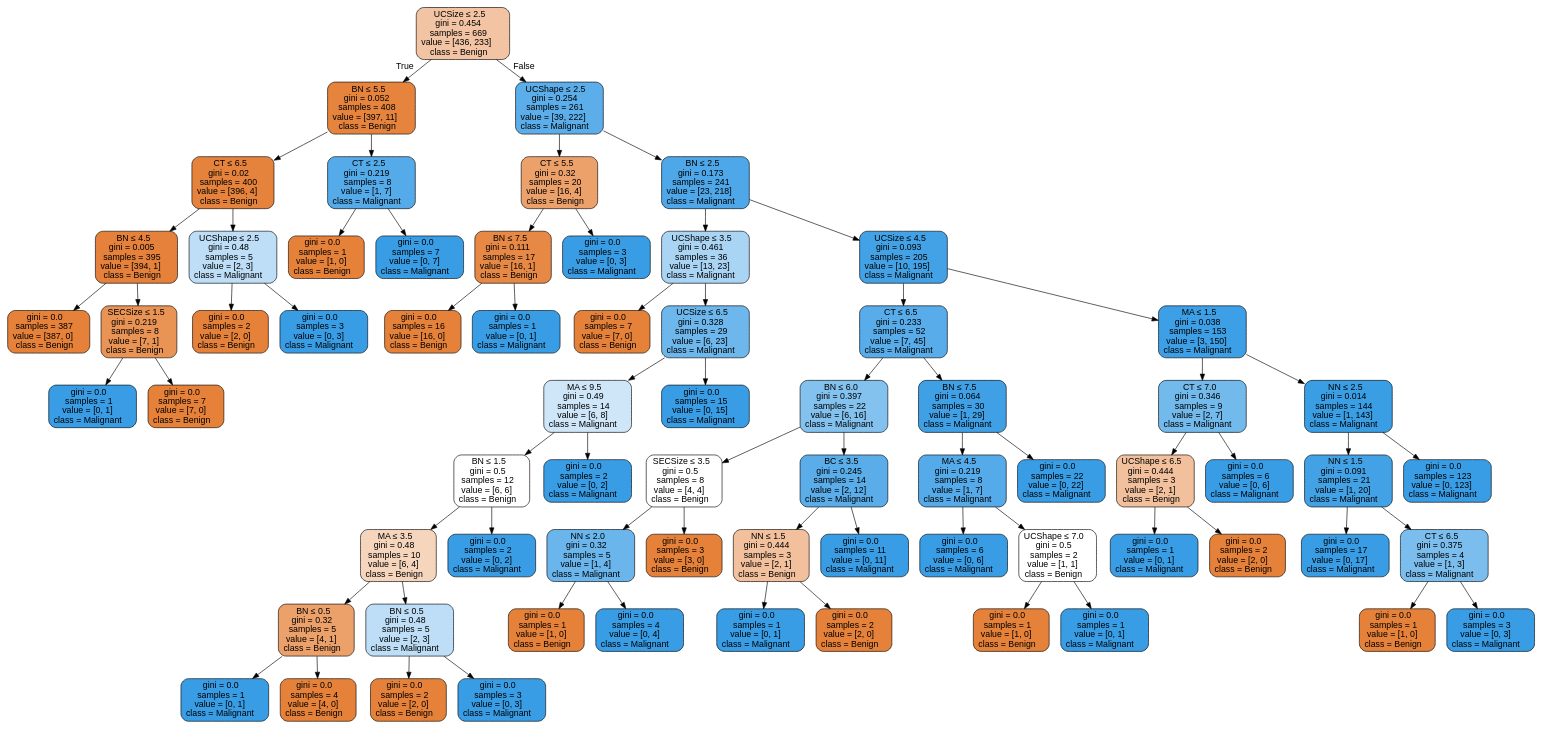
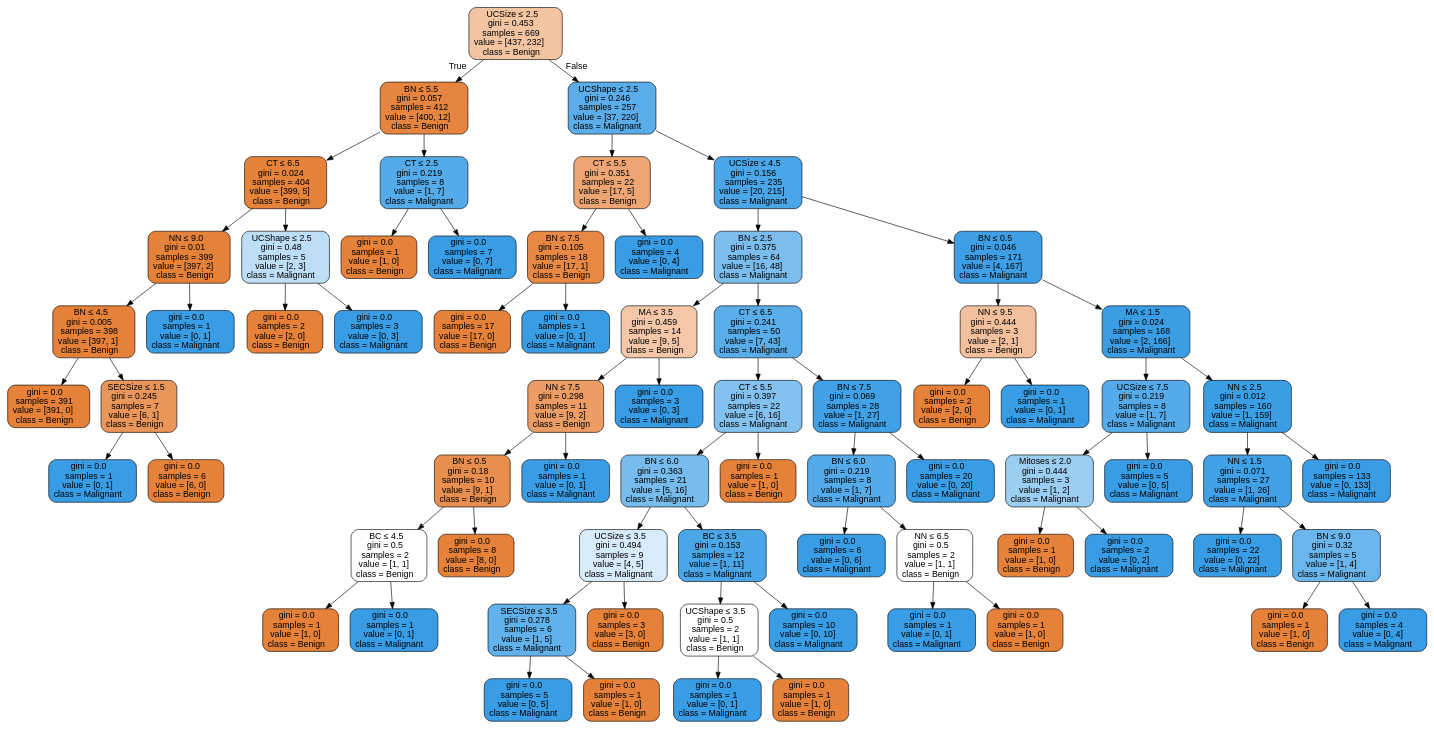
Before and after one commit to TheProjectsGuy/SMAI21-CS7.403: the diagram in Assignments/Assignment 3/Notebooks/tree1.dot, drawn with Graphviz. The commit also changed 5 other files, not shown here.

```diff
--- a/Assignments/Assignment 3/Notebooks/tree1.dot
+++ b/Assignments/Assignment 3/Notebooks/tree1.dot
@@ -1,141 +1,145 @@
 digraph Tree {
 node [shape=box, style="filled, rounded", color="black", fontname="helvetica"] ;
 edge [fontname="helvetica"] ;
-0 [label=<UCSize &le; 2.5<br/>gini = 0.454<br/>samples = 669<br/>value = [436, 233]<br/>class = Benign>, fillcolor="#f3c4a3"] ;
-1 [label=<BN &le; 5.5<br/>gini = 0.052<br/>samples = 408<br/>value = [397, 11]<br/>class = Benign>, fillcolor="#e6843e"] ;
+0 [label=<UCSize &le; 2.5<br/>gini = 0.453<br/>samples = 669<br/>value = [437, 232]<br/>class = Benign>, fillcolor="#f3c4a2"] ;
+1 [label=<BN &le; 5.5<br/>gini = 0.057<br/>samples = 412<br/>value = [400, 12]<br/>class = Benign>, fillcolor="#e6853f"] ;
 0 -> 1 [labeldistance=2.5, labelangle=45, headlabel="True"] ;
-2 [label=<CT &le; 6.5<br/>gini = 0.02<br/>samples = 400<br/>value = [396, 4]<br/>class = Benign>, fillcolor="#e5823b"] ;
+2 [label=<CT &le; 6.5<br/>gini = 0.024<br/>samples = 404<br/>value = [399, 5]<br/>class = Benign>, fillcolor="#e5833b"] ;
 1 -> 2 ;
-3 [label=<BN &le; 4.5<br/>gini = 0.005<br/>samples = 395<br/>value = [394, 1]<br/>class = Benign>, fillcolor="#e5813a"] ;
+3 [label=<NN &le; 9.0<br/>gini = 0.01<br/>samples = 399<br/>value = [397, 2]<br/>class = Benign>, fillcolor="#e5823a"] ;
 2 -> 3 ;
-4 [label=<gini = 0.0<br/>samples = 387<br/>value = [387, 0]<br/>class = Benign>, fillcolor="#e58139"] ;
+4 [label=<BN &le; 4.5<br/>gini = 0.005<br/>samples = 398<br/>value = [397, 1]<br/>class = Benign>, fillcolor="#e58139"] ;
 3 -> 4 ;
-5 [label=<SECSize &le; 1.5<br/>gini = 0.219<br/>samples = 8<br/>value = [7, 1]<br/>class = Benign>, fillcolor="#e99355"] ;
-3 -> 5 ;
-6 [label=<gini = 0.0<br/>samples = 1<br/>value = [0, 1]<br/>class = Malignant>, fillcolor="#399de5"] ;
-5 -> 6 ;
-7 [label=<gini = 0.0<br/>samples = 7<br/>value = [7, 0]<br/>class = Benign>, fillcolor="#e58139"] ;
-5 -> 7 ;
-8 [label=<UCShape &le; 2.5<br/>gini = 0.48<br/>samples = 5<br/>value = [2, 3]<br/>class = Malignant>, fillcolor="#bddef6"] ;
-2 -> 8 ;
-9 [label=<gini = 0.0<br/>samples = 2<br/>value = [2, 0]<br/>class = Benign>, fillcolor="#e58139"] ;
-8 -> 9 ;
-10 [label=<gini = 0.0<br/>samples = 3<br/>value = [0, 3]<br/>class = Malignant>, fillcolor="#399de5"] ;
-8 -> 10 ;
-11 [label=<CT &le; 2.5<br/>gini = 0.219<br/>samples = 8<br/>value = [1, 7]<br/>class = Malignant>, fillcolor="#55abe9"] ;
-1 -> 11 ;
-12 [label=<gini = 0.0<br/>samples = 1<br/>value = [1, 0]<br/>class = Benign>, fillcolor="#e58139"] ;
-11 -> 12 ;
-13 [label=<gini = 0.0<br/>samples = 7<br/>value = [0, 7]<br/>class = Malignant>, fillcolor="#399de5"] ;
-11 -> 13 ;
-14 [label=<UCShape &le; 2.5<br/>gini = 0.254<br/>samples = 261<br/>value = [39, 222]<br/>class = Malignant>, fillcolor="#5caeea"] ;
-0 -> 14 [labeldistance=2.5, labelangle=-45, headlabel="False"] ;
-15 [label=<CT &le; 5.5<br/>gini = 0.32<br/>samples = 20<br/>value = [16, 4]<br/>class = Benign>, fillcolor="#eca06a"] ;
-14 -> 15 ;
-16 [label=<BN &le; 7.5<br/>gini = 0.111<br/>samples = 17<br/>value = [16, 1]<br/>class = Benign>, fillcolor="#e78945"] ;
-15 -> 16 ;
-17 [label=<gini = 0.0<br/>samples = 16<br/>value = [16, 0]<br/>class = Benign>, fillcolor="#e58139"] ;
+5 [label=<gini = 0.0<br/>samples = 391<br/>value = [391, 0]<br/>class = Benign>, fillcolor="#e58139"] ;
+4 -> 5 ;
+6 [label=<SECSize &le; 1.5<br/>gini = 0.245<br/>samples = 7<br/>value = [6, 1]<br/>class = Benign>, fillcolor="#e9965a"] ;
+4 -> 6 ;
+7 [label=<gini = 0.0<br/>samples = 1<br/>value = [0, 1]<br/>class = Malignant>, fillcolor="#399de5"] ;
+6 -> 7 ;
+8 [label=<gini = 0.0<br/>samples = 6<br/>value = [6, 0]<br/>class = Benign>, fillcolor="#e58139"] ;
+6 -> 8 ;
+9 [label=<gini = 0.0<br/>samples = 1<br/>value = [0, 1]<br/>class = Malignant>, fillcolor="#399de5"] ;
+3 -> 9 ;
+10 [label=<UCShape &le; 2.5<br/>gini = 0.48<br/>samples = 5<br/>value = [2, 3]<br/>class = Malignant>, fillcolor="#bddef6"] ;
+2 -> 10 ;
+11 [label=<gini = 0.0<br/>samples = 2<br/>value = [2, 0]<br/>class = Benign>, fillcolor="#e58139"] ;
+10 -> 11 ;
+12 [label=<gini = 0.0<br/>samples = 3<br/>value = [0, 3]<br/>class = Malignant>, fillcolor="#399de5"] ;
+10 -> 12 ;
+13 [label=<CT &le; 2.5<br/>gini = 0.219<br/>samples = 8<br/>value = [1, 7]<br/>class = Malignant>, fillcolor="#55abe9"] ;
+1 -> 13 ;
+14 [label=<gini = 0.0<br/>samples = 1<br/>value = [1, 0]<br/>class = Benign>, fillcolor="#e58139"] ;
+13 -> 14 ;
+15 [label=<gini = 0.0<br/>samples = 7<br/>value = [0, 7]<br/>class = Malignant>, fillcolor="#399de5"] ;
+13 -> 15 ;
+16 [label=<UCShape &le; 2.5<br/>gini = 0.246<br/>samples = 257<br/>value = [37, 220]<br/>class = Malignant>, fillcolor="#5aade9"] ;
+0 -> 16 [labeldistance=2.5, labelangle=-45, headlabel="False"] ;
+17 [label=<CT &le; 5.5<br/>gini = 0.351<br/>samples = 22<br/>value = [17, 5]<br/>class = Benign>, fillcolor="#eda673"] ;
 16 -> 17 ;
-18 [label=<gini = 0.0<br/>samples = 1<br/>value = [0, 1]<br/>class = Malignant>, fillcolor="#399de5"] ;
-16 -> 18 ;
-19 [label=<gini = 0.0<br/>samples = 3<br/>value = [0, 3]<br/>class = Malignant>, fillcolor="#399de5"] ;
-15 -> 19 ;
-20 [label=<BN &le; 2.5<br/>gini = 0.173<br/>samples = 241<br/>value = [23, 218]<br/>class = Malignant>, fillcolor="#4ea7e8"] ;
-14 -> 20 ;
-21 [label=<UCShape &le; 3.5<br/>gini = 0.461<br/>samples = 36<br/>value = [13, 23]<br/>class = Malignant>, fillcolor="#a9d4f4"] ;
-20 -> 21 ;
-22 [label=<gini = 0.0<br/>samples = 7<br/>value = [7, 0]<br/>class = Benign>, fillcolor="#e58139"] ;
-21 -> 22 ;
-23 [label=<UCSize &le; 6.5<br/>gini = 0.328<br/>samples = 29<br/>value = [6, 23]<br/>class = Malignant>, fillcolor="#6db7ec"] ;
-21 -> 23 ;
-24 [label=<MA &le; 9.5<br/>gini = 0.49<br/>samples = 14<br/>value = [6, 8]<br/>class = Malignant>, fillcolor="#cee6f8"] ;
+18 [label=<BN &le; 7.5<br/>gini = 0.105<br/>samples = 18<br/>value = [17, 1]<br/>class = Benign>, fillcolor="#e78845"] ;
+17 -> 18 ;
+19 [label=<gini = 0.0<br/>samples = 17<br/>value = [17, 0]<br/>class = Benign>, fillcolor="#e58139"] ;
+18 -> 19 ;
+20 [label=<gini = 0.0<br/>samples = 1<br/>value = [0, 1]<br/>class = Malignant>, fillcolor="#399de5"] ;
+18 -> 20 ;
+21 [label=<gini = 0.0<br/>samples = 4<br/>value = [0, 4]<br/>class = Malignant>, fillcolor="#399de5"] ;
+17 -> 21 ;
+22 [label=<UCSize &le; 4.5<br/>gini = 0.156<br/>samples = 235<br/>value = [20, 215]<br/>class = Malignant>, fillcolor="#4ba6e7"] ;
+16 -> 22 ;
+23 [label=<BN &le; 2.5<br/>gini = 0.375<br/>samples = 64<br/>value = [16, 48]<br/>class = Malignant>, fillcolor="#7bbeee"] ;
+22 -> 23 ;
+24 [label=<MA &le; 3.5<br/>gini = 0.459<br/>samples = 14<br/>value = [9, 5]<br/>class = Benign>, fillcolor="#f3c7a7"] ;
 23 -> 24 ;
-25 [label=<BN &le; 1.5<br/>gini = 0.5<br/>samples = 12<br/>value = [6, 6]<br/>class = Benign>, fillcolor="#ffffff"] ;
+25 [label=<NN &le; 7.5<br/>gini = 0.298<br/>samples = 11<br/>value = [9, 2]<br/>class = Benign>, fillcolor="#eb9d65"] ;
 24 -> 25 ;
-26 [label=<MA &le; 3.5<br/>gini = 0.48<br/>samples = 10<br/>value = [6, 4]<br/>class = Benign>, fillcolor="#f6d5bd"] ;
+26 [label=<BN &le; 0.5<br/>gini = 0.18<br/>samples = 10<br/>value = [9, 1]<br/>class = Benign>, fillcolor="#e88f4f"] ;
 25 -> 26 ;
-27 [label=<BN &le; 0.5<br/>gini = 0.32<br/>samples = 5<br/>value = [4, 1]<br/>class = Benign>, fillcolor="#eca06a"] ;
+27 [label=<BC &le; 4.5<br/>gini = 0.5<br/>samples = 2<br/>value = [1, 1]<br/>class = Benign>, fillcolor="#ffffff"] ;
 26 -> 27 ;
-28 [label=<gini = 0.0<br/>samples = 1<br/>value = [0, 1]<br/>class = Malignant>, fillcolor="#399de5"] ;
+28 [label=<gini = 0.0<br/>samples = 1<br/>value = [1, 0]<br/>class = Benign>, fillcolor="#e58139"] ;
 27 -> 28 ;
-29 [label=<gini = 0.0<br/>samples = 4<br/>value = [4, 0]<br/>class = Benign>, fillcolor="#e58139"] ;
+29 [label=<gini = 0.0<br/>samples = 1<br/>value = [0, 1]<br/>class = Malignant>, fillcolor="#399de5"] ;
 27 -> 29 ;
-30 [label=<BN &le; 0.5<br/>gini = 0.48<br/>samples = 5<br/>value = [2, 3]<br/>class = Malignant>, fillcolor="#bddef6"] ;
+30 [label=<gini = 0.0<br/>samples = 8<br/>value = [8, 0]<br/>class = Benign>, fillcolor="#e58139"] ;
 26 -> 30 ;
-31 [label=<gini = 0.0<br/>samples = 2<br/>value = [2, 0]<br/>class = Benign>, fillcolor="#e58139"] ;
-30 -> 31 ;
+31 [label=<gini = 0.0<br/>samples = 1<br/>value = [0, 1]<br/>class = Malignant>, fillcolor="#399de5"] ;
+25 -> 31 ;
 32 [label=<gini = 0.0<br/>samples = 3<br/>value = [0, 3]<br/>class = Malignant>, fillcolor="#399de5"] ;
-30 -> 32 ;
-33 [label=<gini = 0.0<br/>samples = 2<br/>value = [0, 2]<br/>class = Malignant>, fillcolor="#399de5"] ;
-25 -> 33 ;
-34 [label=<gini = 0.0<br/>samples = 2<br/>value = [0, 2]<br/>class = Malignant>, fillcolor="#399de5"] ;
-24 -> 34 ;
-35 [label=<gini = 0.0<br/>samples = 15<br/>value = [0, 15]<br/>class = Malignant>, fillcolor="#399de5"] ;
-23 -> 35 ;
-36 [label=<UCSize &le; 4.5<br/>gini = 0.093<br/>samples = 205<br/>value = [10, 195]<br/>class = Malignant>, fillcolor="#43a2e6"] ;
-20 -> 36 ;
-37 [label=<CT &le; 6.5<br/>gini = 0.233<br/>samples = 52<br/>value = [7, 45]<br/>class = Malignant>, fillcolor="#58ace9"] ;
+24 -> 32 ;
+33 [label=<CT &le; 6.5<br/>gini = 0.241<br/>samples = 50<br/>value = [7, 43]<br/>class = Malignant>, fillcolor="#59ade9"] ;
+23 -> 33 ;
+34 [label=<CT &le; 5.5<br/>gini = 0.397<br/>samples = 22<br/>value = [6, 16]<br/>class = Malignant>, fillcolor="#83c2ef"] ;
+33 -> 34 ;
+35 [label=<BN &le; 6.0<br/>gini = 0.363<br/>samples = 21<br/>value = [5, 16]<br/>class = Malignant>, fillcolor="#77bced"] ;
+34 -> 35 ;
+36 [label=<UCSize &le; 3.5<br/>gini = 0.494<br/>samples = 9<br/>value = [4, 5]<br/>class = Malignant>, fillcolor="#d7ebfa"] ;
+35 -> 36 ;
+37 [label=<SECSize &le; 3.5<br/>gini = 0.278<br/>samples = 6<br/>value = [1, 5]<br/>class = Malignant>, fillcolor="#61b1ea"] ;
 36 -> 37 ;
-38 [label=<BN &le; 6.0<br/>gini = 0.397<br/>samples = 22<br/>value = [6, 16]<br/>class = Malignant>, fillcolor="#83c2ef"] ;
+38 [label=<gini = 0.0<br/>samples = 5<br/>value = [0, 5]<br/>class = Malignant>, fillcolor="#399de5"] ;
 37 -> 38 ;
-39 [label=<SECSize &le; 3.5<br/>gini = 0.5<br/>samples = 8<br/>value = [4, 4]<br/>class = Benign>, fillcolor="#ffffff"] ;
-38 -> 39 ;
-40 [label=<NN &le; 2.0<br/>gini = 0.32<br/>samples = 5<br/>value = [1, 4]<br/>class = Malignant>, fillcolor="#6ab6ec"] ;
-39 -> 40 ;
-41 [label=<gini = 0.0<br/>samples = 1<br/>value = [1, 0]<br/>class = Benign>, fillcolor="#e58139"] ;
-40 -> 41 ;
-42 [label=<gini = 0.0<br/>samples = 4<br/>value = [0, 4]<br/>class = Malignant>, fillcolor="#399de5"] ;
-40 -> 42 ;
-43 [label=<gini = 0.0<br/>samples = 3<br/>value = [3, 0]<br/>class = Benign>, fillcolor="#e58139"] ;
-39 -> 43 ;
-44 [label=<BC &le; 3.5<br/>gini = 0.245<br/>samples = 14<br/>value = [2, 12]<br/>class = Malignant>, fillcolor="#5aade9"] ;
-38 -> 44 ;
-45 [label=<NN &le; 1.5<br/>gini = 0.444<br/>samples = 3<br/>value = [2, 1]<br/>class = Benign>, fillcolor="#f2c09c"] ;
-44 -> 45 ;
-46 [label=<gini = 0.0<br/>samples = 1<br/>value = [0, 1]<br/>class = Malignant>, fillcolor="#399de5"] ;
-45 -> 46 ;
-47 [label=<gini = 0.0<br/>samples = 2<br/>value = [2, 0]<br/>class = Benign>, fillcolor="#e58139"] ;
-45 -> 47 ;
-48 [label=<gini = 0.0<br/>samples = 11<br/>value = [0, 11]<br/>class = Malignant>, fillcolor="#399de5"] ;
-44 -> 48 ;
-49 [label=<BN &le; 7.5<br/>gini = 0.064<br/>samples = 30<br/>value = [1, 29]<br/>class = Malignant>, fillcolor="#40a0e6"] ;
-37 -> 49 ;
-50 [label=<MA &le; 4.5<br/>gini = 0.219<br/>samples = 8<br/>value = [1, 7]<br/>class = Malignant>, fillcolor="#55abe9"] ;
-49 -> 50 ;
-51 [label=<gini = 0.0<br/>samples = 6<br/>value = [0, 6]<br/>class = Malignant>, fillcolor="#399de5"] ;
+39 [label=<gini = 0.0<br/>samples = 1<br/>value = [1, 0]<br/>class = Benign>, fillcolor="#e58139"] ;
+37 -> 39 ;
+40 [label=<gini = 0.0<br/>samples = 3<br/>value = [3, 0]<br/>class = Benign>, fillcolor="#e58139"] ;
+36 -> 40 ;
+41 [label=<BC &le; 3.5<br/>gini = 0.153<br/>samples = 12<br/>value = [1, 11]<br/>class = Malignant>, fillcolor="#4ba6e7"] ;
+35 -> 41 ;
+42 [label=<UCShape &le; 3.5<br/>gini = 0.5<br/>samples = 2<br/>value = [1, 1]<br/>class = Benign>, fillcolor="#ffffff"] ;
+41 -> 42 ;
+43 [label=<gini = 0.0<br/>samples = 1<br/>value = [0, 1]<br/>class = Malignant>, fillcolor="#399de5"] ;
+42 -> 43 ;
+44 [label=<gini = 0.0<br/>samples = 1<br/>value = [1, 0]<br/>class = Benign>, fillcolor="#e58139"] ;
+42 -> 44 ;
+45 [label=<gini = 0.0<br/>samples = 10<br/>value = [0, 10]<br/>class = Malignant>, fillcolor="#399de5"] ;
+41 -> 45 ;
+46 [label=<gini = 0.0<br/>samples = 1<br/>value = [1, 0]<br/>class = Benign>, fillcolor="#e58139"] ;
+34 -> 46 ;
+47 [label=<BN &le; 7.5<br/>gini = 0.069<br/>samples = 28<br/>value = [1, 27]<br/>class = Malignant>, fillcolor="#40a1e6"] ;
+33 -> 47 ;
+48 [label=<BN &le; 6.0<br/>gini = 0.219<br/>samples = 8<br/>value = [1, 7]<br/>class = Malignant>, fillcolor="#55abe9"] ;
+47 -> 48 ;
+49 [label=<gini = 0.0<br/>samples = 6<br/>value = [0, 6]<br/>class = Malignant>, fillcolor="#399de5"] ;
+48 -> 49 ;
+50 [label=<NN &le; 6.5<br/>gini = 0.5<br/>samples = 2<br/>value = [1, 1]<br/>class = Benign>, fillcolor="#ffffff"] ;
+48 -> 50 ;
+51 [label=<gini = 0.0<br/>samples = 1<br/>value = [0, 1]<br/>class = Malignant>, fillcolor="#399de5"] ;
 50 -> 51 ;
-52 [label=<UCShape &le; 7.0<br/>gini = 0.5<br/>samples = 2<br/>value = [1, 1]<br/>class = Benign>, fillcolor="#ffffff"] ;
+52 [label=<gini = 0.0<br/>samples = 1<br/>value = [1, 0]<br/>class = Benign>, fillcolor="#e58139"] ;
 50 -> 52 ;
-53 [label=<gini = 0.0<br/>samples = 1<br/>value = [1, 0]<br/>class = Benign>, fillcolor="#e58139"] ;
-52 -> 53 ;
-54 [label=<gini = 0.0<br/>samples = 1<br/>value = [0, 1]<br/>class = Malignant>, fillcolor="#399de5"] ;
-52 -> 54 ;
-55 [label=<gini = 0.0<br/>samples = 22<br/>value = [0, 22]<br/>class = Malignant>, fillcolor="#399de5"] ;
-49 -> 55 ;
-56 [label=<MA &le; 1.5<br/>gini = 0.038<br/>samples = 153<br/>value = [3, 150]<br/>class = Malignant>, fillcolor="#3d9fe6"] ;
-36 -> 56 ;
-57 [label=<CT &le; 7.0<br/>gini = 0.346<br/>samples = 9<br/>value = [2, 7]<br/>class = Malignant>, fillcolor="#72b9ec"] ;
-56 -> 57 ;
-58 [label=<UCShape &le; 6.5<br/>gini = 0.444<br/>samples = 3<br/>value = [2, 1]<br/>class = Benign>, fillcolor="#f2c09c"] ;
-57 -> 58 ;
-59 [label=<gini = 0.0<br/>samples = 1<br/>value = [0, 1]<br/>class = Malignant>, fillcolor="#399de5"] ;
+53 [label=<gini = 0.0<br/>samples = 20<br/>value = [0, 20]<br/>class = Malignant>, fillcolor="#399de5"] ;
+47 -> 53 ;
+54 [label=<BN &le; 0.5<br/>gini = 0.046<br/>samples = 171<br/>value = [4, 167]<br/>class = Malignant>, fillcolor="#3e9fe6"] ;
+22 -> 54 ;
+55 [label=<NN &le; 9.5<br/>gini = 0.444<br/>samples = 3<br/>value = [2, 1]<br/>class = Benign>, fillcolor="#f2c09c"] ;
+54 -> 55 ;
+56 [label=<gini = 0.0<br/>samples = 2<br/>value = [2, 0]<br/>class = Benign>, fillcolor="#e58139"] ;
+55 -> 56 ;
+57 [label=<gini = 0.0<br/>samples = 1<br/>value = [0, 1]<br/>class = Malignant>, fillcolor="#399de5"] ;
+55 -> 57 ;
+58 [label=<MA &le; 1.5<br/>gini = 0.024<br/>samples = 168<br/>value = [2, 166]<br/>class = Malignant>, fillcolor="#3b9ee5"] ;
+54 -> 58 ;
+59 [label=<UCSize &le; 7.5<br/>gini = 0.219<br/>samples = 8<br/>value = [1, 7]<br/>class = Malignant>, fillcolor="#55abe9"] ;
 58 -> 59 ;
-60 [label=<gini = 0.0<br/>samples = 2<br/>value = [2, 0]<br/>class = Benign>, fillcolor="#e58139"] ;
-58 -> 60 ;
-61 [label=<gini = 0.0<br/>samples = 6<br/>value = [0, 6]<br/>class = Malignant>, fillcolor="#399de5"] ;
-57 -> 61 ;
-62 [label=<NN &le; 2.5<br/>gini = 0.014<br/>samples = 144<br/>value = [1, 143]<br/>class = Malignant>, fillcolor="#3a9ee5"] ;
-56 -> 62 ;
-63 [label=<NN &le; 1.5<br/>gini = 0.091<br/>samples = 21<br/>value = [1, 20]<br/>class = Malignant>, fillcolor="#43a2e6"] ;
-62 -> 63 ;
-64 [label=<gini = 0.0<br/>samples = 17<br/>value = [0, 17]<br/>class = Malignant>, fillcolor="#399de5"] ;
-63 -> 64 ;
-65 [label=<CT &le; 6.5<br/>gini = 0.375<br/>samples = 4<br/>value = [1, 3]<br/>class = Malignant>, fillcolor="#7bbeee"] ;
-63 -> 65 ;
-66 [label=<gini = 0.0<br/>samples = 1<br/>value = [1, 0]<br/>class = Benign>, fillcolor="#e58139"] ;
+60 [label=<Mitoses &le; 2.0<br/>gini = 0.444<br/>samples = 3<br/>value = [1, 2]<br/>class = Malignant>, fillcolor="#9ccef2"] ;
+59 -> 60 ;
+61 [label=<gini = 0.0<br/>samples = 1<br/>value = [1, 0]<br/>class = Benign>, fillcolor="#e58139"] ;
+60 -> 61 ;
+62 [label=<gini = 0.0<br/>samples = 2<br/>value = [0, 2]<br/>class = Malignant>, fillcolor="#399de5"] ;
+60 -> 62 ;
+63 [label=<gini = 0.0<br/>samples = 5<br/>value = [0, 5]<br/>class = Malignant>, fillcolor="#399de5"] ;
+59 -> 63 ;
+64 [label=<NN &le; 2.5<br/>gini = 0.012<br/>samples = 160<br/>value = [1, 159]<br/>class = Malignant>, fillcolor="#3a9ee5"] ;
+58 -> 64 ;
+65 [label=<NN &le; 1.5<br/>gini = 0.071<br/>samples = 27<br/>value = [1, 26]<br/>class = Malignant>, fillcolor="#41a1e6"] ;
+64 -> 65 ;
+66 [label=<gini = 0.0<br/>samples = 22<br/>value = [0, 22]<br/>class = Malignant>, fillcolor="#399de5"] ;
 65 -> 66 ;
-67 [label=<gini = 0.0<br/>samples = 3<br/>value = [0, 3]<br/>class = Malignant>, fillcolor="#399de5"] ;
+67 [label=<BN &le; 9.0<br/>gini = 0.32<br/>samples = 5<br/>value = [1, 4]<br/>class = Malignant>, fillcolor="#6ab6ec"] ;
 65 -> 67 ;
-68 [label=<gini = 0.0<br/>samples = 123<br/>value = [0, 123]<br/>class = Malignant>, fillcolor="#399de5"] ;
-62 -> 68 ;
+68 [label=<gini = 0.0<br/>samples = 1<br/>value = [1, 0]<br/>class = Benign>, fillcolor="#e58139"] ;
+67 -> 68 ;
+69 [label=<gini = 0.0<br/>samples = 4<br/>value = [0, 4]<br/>class = Malignant>, fillcolor="#399de5"] ;
+67 -> 69 ;
+70 [label=<gini = 0.0<br/>samples = 133<br/>value = [0, 133]<br/>class = Malignant>, fillcolor="#399de5"] ;
+64 -> 70 ;
 }
```
